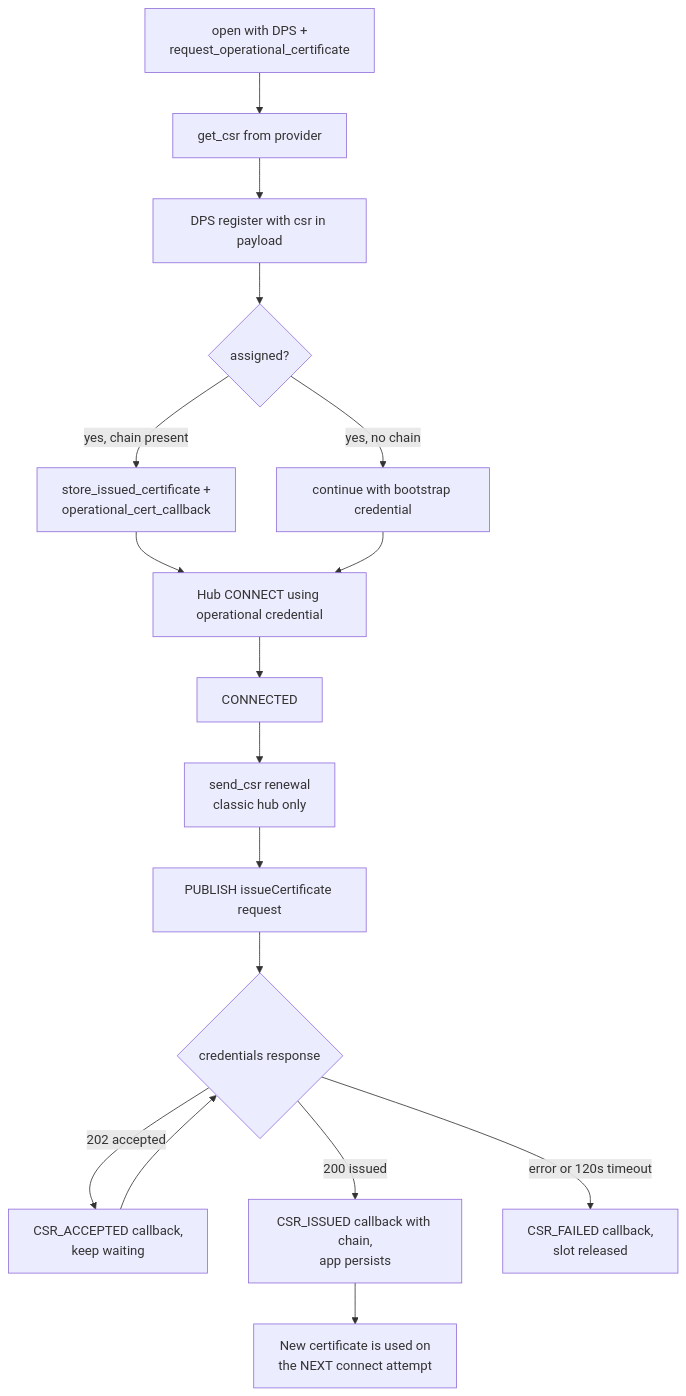
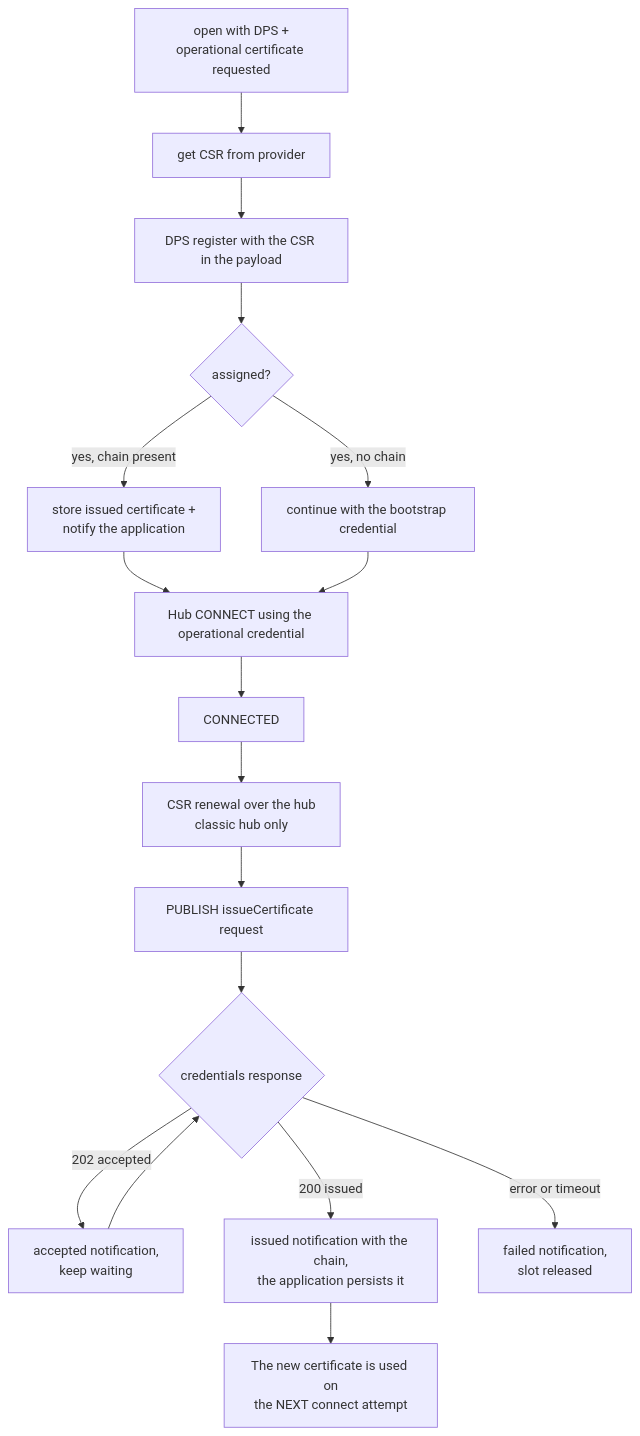
One commit to Azure/azure-iot-sdk changed the sixth of 9 diagrams in c/docs/connection.md. Above: the diagram before and after it, drawn with Mermaid. The commit also changed other lines of this file and 1 other file, not shown here.

````diff
--- a/c/docs/connection.md
+++ b/c/docs/connection.md
@@ -318,20 +349,20 @@
 ```mermaid
 flowchart TD
-    A["open with DPS +<br/>request_operational_certificate"] --> B[get_csr from provider]
-    B --> C["DPS register with csr in payload"]
+    A["open with DPS +<br/>operational certificate requested"] --> B[get CSR from provider]
+    B --> C["DPS register with the CSR in the payload"]
     C --> D{assigned?}
-    D -->|"yes, chain present"| E["store_issued_certificate +<br/>operational_cert_callback"]
-    D -->|"yes, no chain"| F["continue with bootstrap credential"]
-    E --> G["Hub CONNECT using operational credential"]
+    D -->|"yes, chain present"| E["store issued certificate +<br/>notify the application"]
+    D -->|"yes, no chain"| F["continue with the bootstrap credential"]
+    E --> G["Hub CONNECT using the operational credential"]
     F --> G
 
     G --> H[CONNECTED]
-    H --> I["send_csr renewal<br/>classic hub only"]
+    H --> I["CSR renewal over the hub<br/>classic hub only"]
     I --> J["PUBLISH issueCertificate request"]
     J --> K{credentials response}
-    K -->|202 accepted| L["CSR_ACCEPTED callback,<br/>keep waiting"]
+    K -->|202 accepted| L["accepted notification,<br/>keep waiting"]
     L --> K
-    K -->|200 issued| M["CSR_ISSUED callback with chain,<br/>app persists"]
-    K -->|"error or 120s timeout"| N["CSR_FAILED callback,<br/>slot released"]
-    M --> O["New certificate is used on<br/>the NEXT connect attempt"]
+    K -->|200 issued| M["issued notification with the chain,<br/>the application persists it"]
+    K -->|"error or timeout"| N["failed notification,<br/>slot released"]
+    M --> O["The new certificate is used on<br/>the NEXT connect attempt"]
 ```
````
